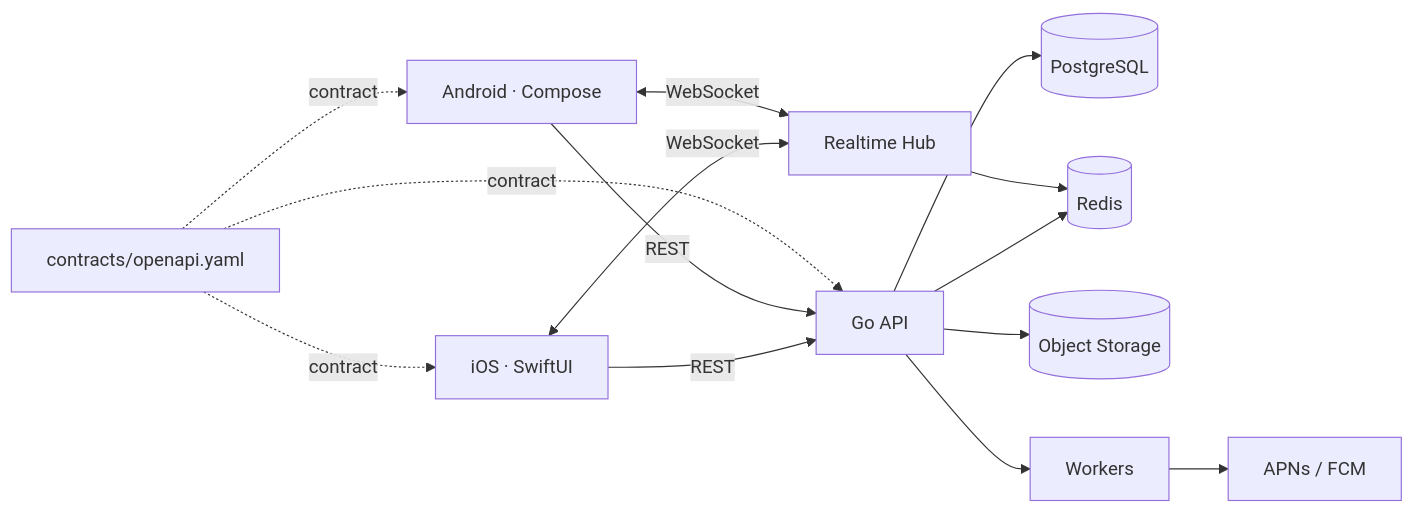
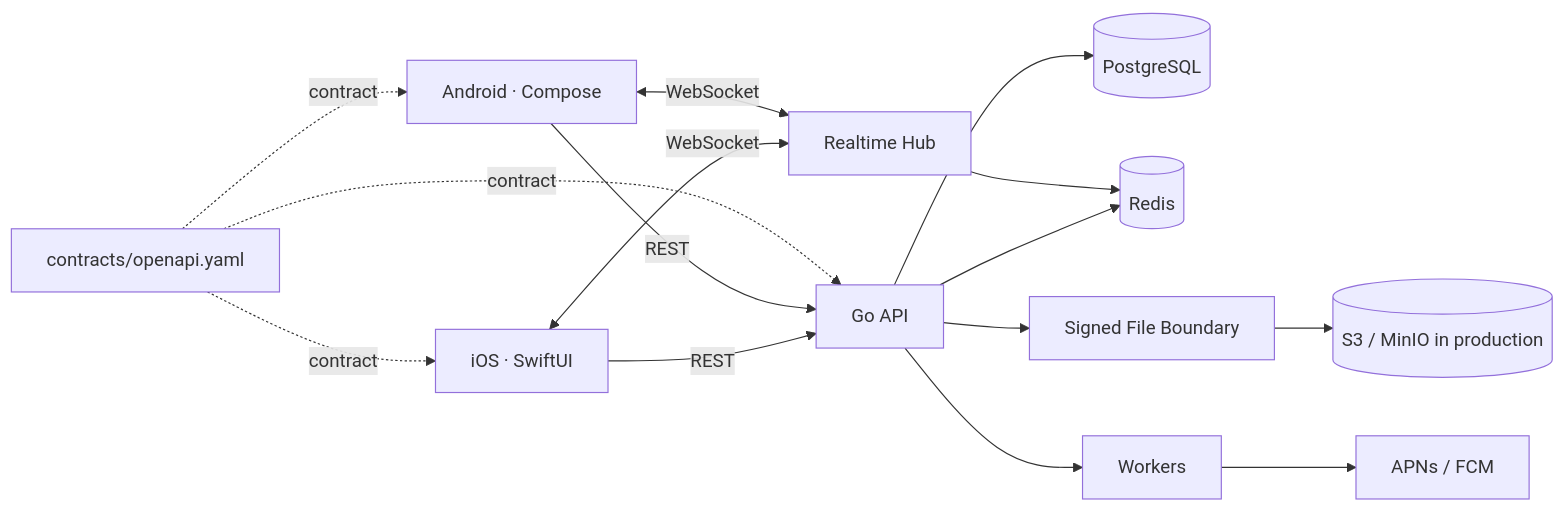
The diagram in README.md (armaabetancourtt/pixelgo), drawn with Mermaid before and after one commit. The commit also changed other lines of this file, not shown here.

Commit message:
docs: document real signed transfer and retry architecture

````diff
--- a/README.md
+++ b/README.md
@@ -117,18 +129,19 @@
 ```mermaid
 flowchart LR
     I[iOS · SwiftUI] -->|REST| API[Go API]
     A[Android · Compose] -->|REST| API
     I <--> |WebSocket| RT[Realtime Hub]
     A <--> |WebSocket| RT
 
     API --> PG[(PostgreSQL)]
     API --> R[(Redis)]
-    API --> O[(Object Storage)]
+    API --> FS[Signed File Boundary]
+    FS --> O[(S3 / MinIO in production)]
     API --> W[Workers]
     W --> P[APNs / FCM]
     RT --> R
 
     C[contracts/openapi.yaml] -. contract .-> I
     C -. contract .-> A
     C -. contract .-> API
 ```
````
